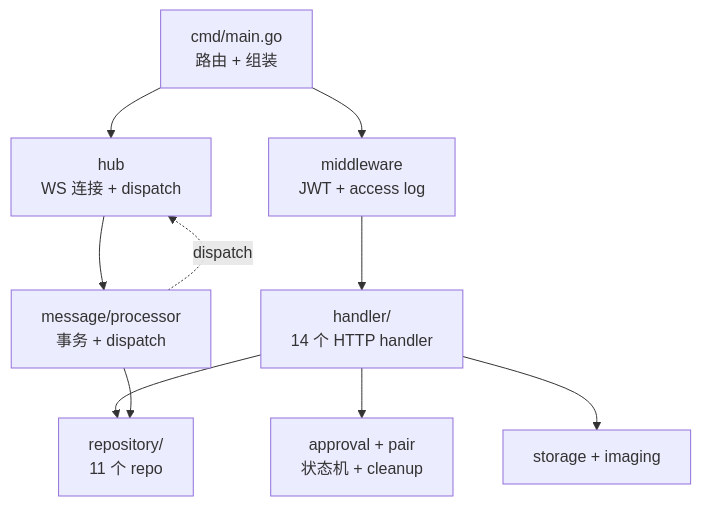
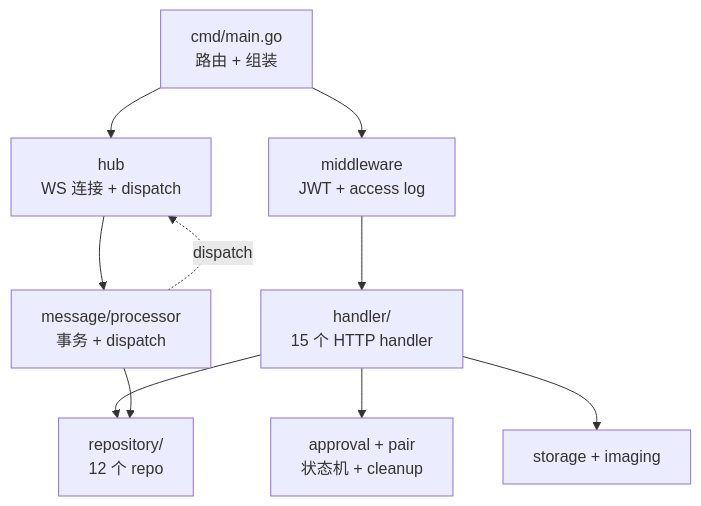
Before and after one commit to luoyu318/wanling: the diagram in server/CLAUDE.md, drawn with Mermaid. The commit also changed 12 other files, not shown here.

````diff
--- a/server/CLAUDE.md
+++ b/server/CLAUDE.md
@@ -22,19 +22,19 @@
 ```mermaid
 flowchart TB
     MAIN[cmd/main.go<br/>路由 + 组装]
     MW[middleware<br/>JWT + access log]
-    HANDLERS[handler/<br/>14 个 HTTP handler]
+    HANDLERS[handler/<br/>15 个 HTTP handler]
     HUB[hub<br/>WS 连接 + dispatch]
     PROC[message/processor<br/>事务 + dispatch]
-    REPO[repository/<br/>11 个 repo]
+    REPO[repository/<br/>12 个 repo]
     SVC[approval + pair<br/>状态机 + cleanup]
     STORAGE[storage + imaging]
     
     MAIN --> MW --> HANDLERS
     MAIN --> HUB
     HANDLERS --> REPO
     HANDLERS --> SVC
     HANDLERS --> STORAGE
     HUB --> PROC --> REPO
     PROC -.->|dispatch| HUB
 ```
````
